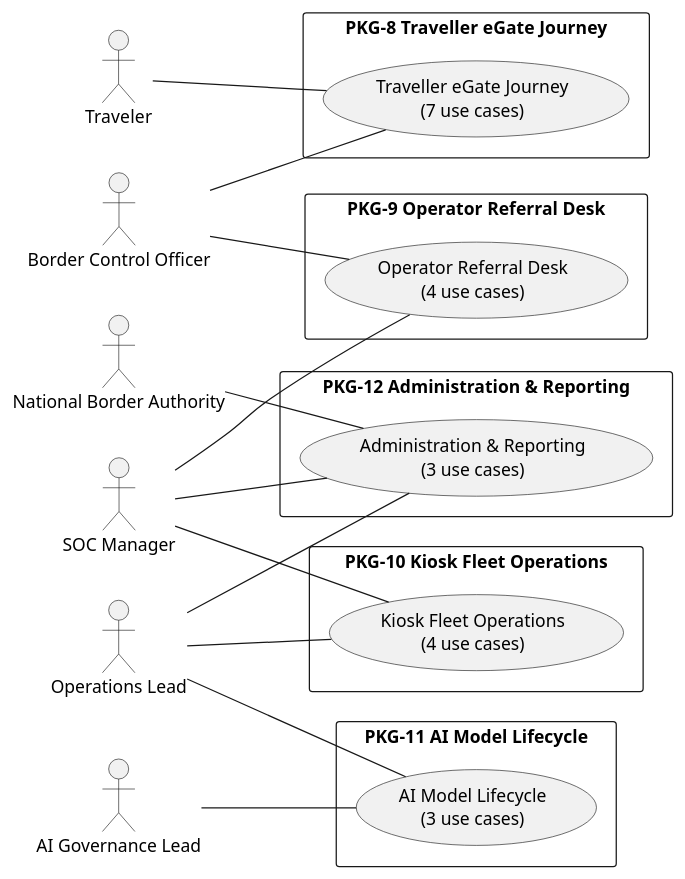
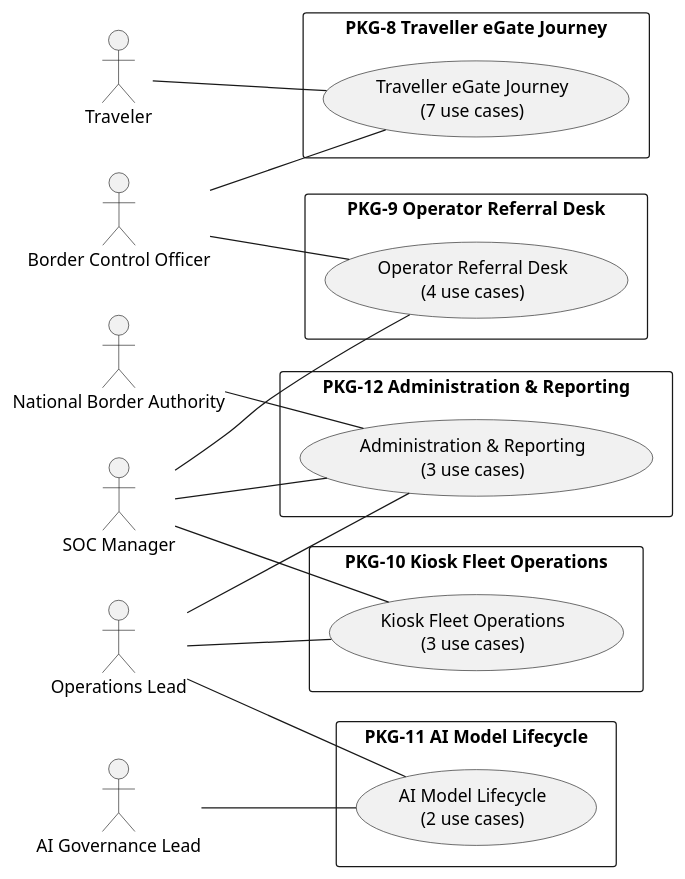
Before and after one commit to pauloribeiro16/Methodology_compact: the first of 6 diagrams in 02_CASES/Case_02_SecureBorder_Solutions/03_PHASE3_DECOMPOSITION/annexes/A_Use_Case_Diagrams.md, drawn with PlantUML. The commit also changed other lines of this file and 12 other files, not shown here.

Commit message:
[EXECUTOR] F3 ledger-zero C2: 2 borderline re-laned (UC-30/33 → CAP-11/12, P7) + product renumber UC-16..34; Doc21 v1.7 (34 UCs) + Doc31 v1.3 (12 CAP cards + articulation) + annexes/SVGs re-rendered; gates: verify_rich 8/8 (34=34), audit 100%, mermaid 196/196

````diff
--- a/02_CASES/Case_02_SecureBorder_Solutions/03_PHASE3_DECOMPOSITION/annexes/A_Use_Case_Diagrams.md
+++ b/02_CASES/Case_02_SecureBorder_Solutions/03_PHASE3_DECOMPOSITION/annexes/A_Use_Case_Diagrams.md
@@ -60,37 +60,37 @@
 ```plantuml
 @startuml
 left to right direction
 actor "Traveler" as TRV
 actor "Border Control Officer" as BCO
 actor "Operations Lead" as OPS
 actor "AI Governance Lead" as AIG
 actor "SOC Manager" as SOC
 actor "National Border Authority" as NBA
 rectangle "PKG-8 Traveller eGate Journey" {
 usecase "Traveller eGate Journey\n(7 use cases)" as UC8
 }
 rectangle "PKG-9 Operator Referral Desk" {
 usecase "Operator Referral Desk\n(4 use cases)" as UC9
 }
 rectangle "PKG-10 Kiosk Fleet Operations" {
-usecase "Kiosk Fleet Operations\n(4 use cases)" as UC10
+usecase "Kiosk Fleet Operations\n(3 use cases)" as UC10
 }
 rectangle "PKG-11 AI Model Lifecycle" {
-usecase "AI Model Lifecycle\n(3 use cases)" as UC11
+usecase "AI Model Lifecycle\n(2 use cases)" as UC11
 }
 rectangle "PKG-12 Administration & Reporting" {
 usecase "Administration & Reporting\n(3 use cases)" as UC12
 }
 TRV -- UC8
 BCO -- UC8
 BCO -- UC9
 OPS -- UC10
 OPS -- UC11
 OPS -- UC12
 AIG -- UC11
 SOC -- UC9
 SOC -- UC10
 SOC -- UC12
 NBA -- UC12
 @enduml
 ```
````
